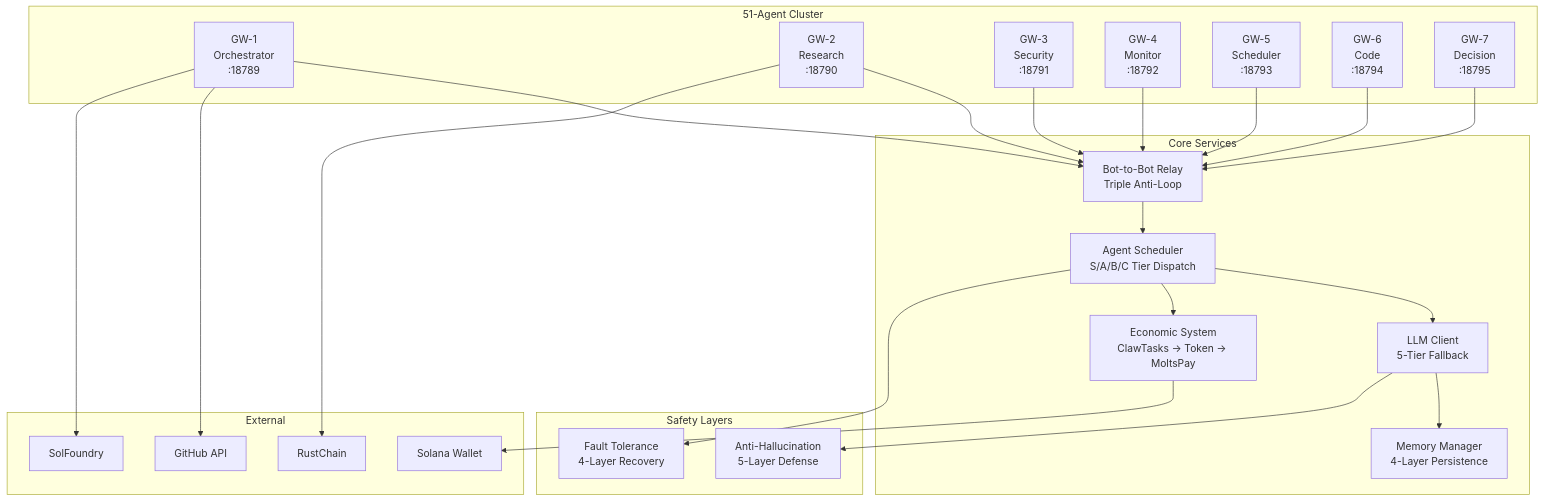
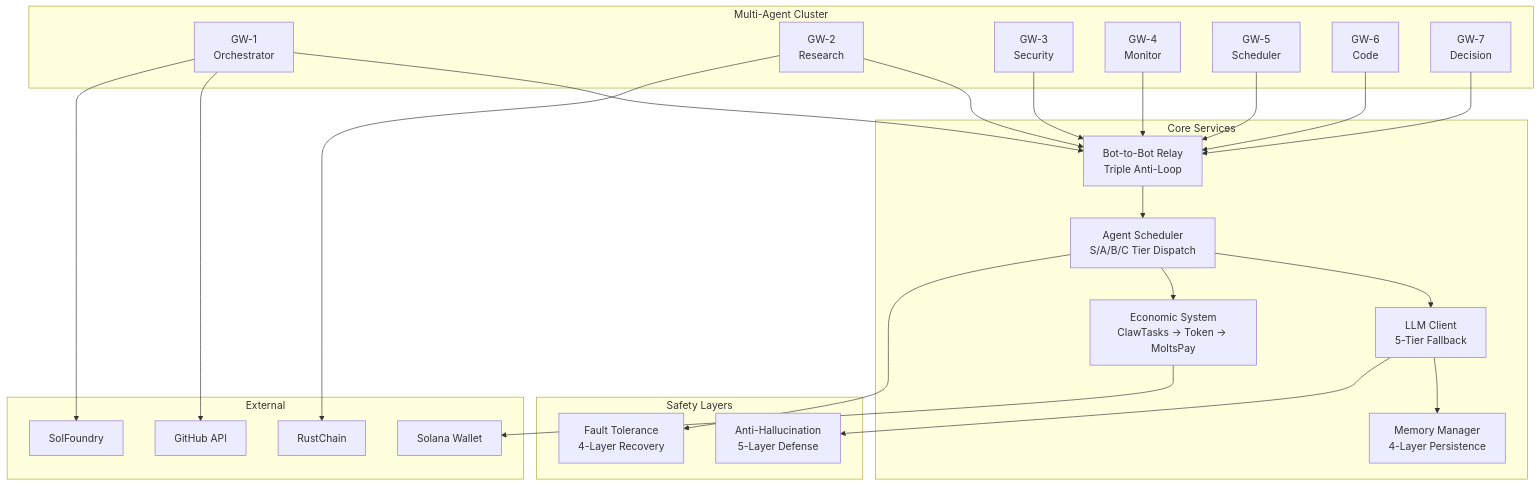
One commit to SolFoundry/solfoundry changed the first of 8 diagrams in bounty_agent/ARCHITECTURE.md. Above: the diagram before and after it, drawn with Mermaid. The commit also changed other lines of this file and 4 other files, not shown here.

````diff
--- a/bounty_agent/ARCHITECTURE.md
+++ b/bounty_agent/ARCHITECTURE.md
@@ -125,44 +125,44 @@
 ```mermaid
 graph TB
-    subgraph "51-Agent Cluster"
-        GW1["GW-1<br/>Orchestrator<br/>:18789"]
-        GW2["GW-2<br/>Research<br/>:18790"]
-        GW3["GW-3<br/>Security<br/>:18791"]
-        GW4["GW-4<br/>Monitor<br/>:18792"]
-        GW5["GW-5<br/>Scheduler<br/>:18793"]
-        GW6["GW-6<br/>Code<br/>:18794"]
-        GW7["GW-7<br/>Decision<br/>:18795"]
+    subgraph "Multi-Agent Cluster"
+        GW1["GW-1<br/>Orchestrator"]
+        GW2["GW-2<br/>Research"]
+        GW3["GW-3<br/>Security"]
+        GW4["GW-4<br/>Monitor"]
+        GW5["GW-5<br/>Scheduler"]
+        GW6["GW-6<br/>Code"]
+        GW7["GW-7<br/>Decision"]
     end
 
     subgraph "Core Services"
         SCHED["Agent Scheduler<br/>S/A/B/C Tier Dispatch"]
         ECON["Economic System<br/>ClawTasks → Token → MoltsPay"]
         RELAY["Bot-to-Bot Relay<br/>Triple Anti-Loop"]
         LLM["LLM Client<br/>5-Tier Fallback"]
         MEM["Memory Manager<br/>4-Layer Persistence"]
     end
 
     subgraph "Safety Layers"
         AH["Anti-Hallucination<br/>5-Layer Defense"]
         FT["Fault Tolerance<br/>4-Layer Recovery"]
     end
 
     subgraph "External"
         GH["GitHub API"]
         SF["SolFoundry"]
         RC["RustChain"]
         SOL["Solana Wallet"]
     end
 
     GW1 & GW2 & GW3 & GW4 & GW5 & GW6 & GW7 --> RELAY
     RELAY --> SCHED
     SCHED --> LLM
     LLM --> MEM
     SCHED --> ECON
     ECON --> SOL
     LLM --> AH
     SCHED --> FT
     GW1 --> GH
     GW1 --> SF
     GW2 --> RC
 ```
````
